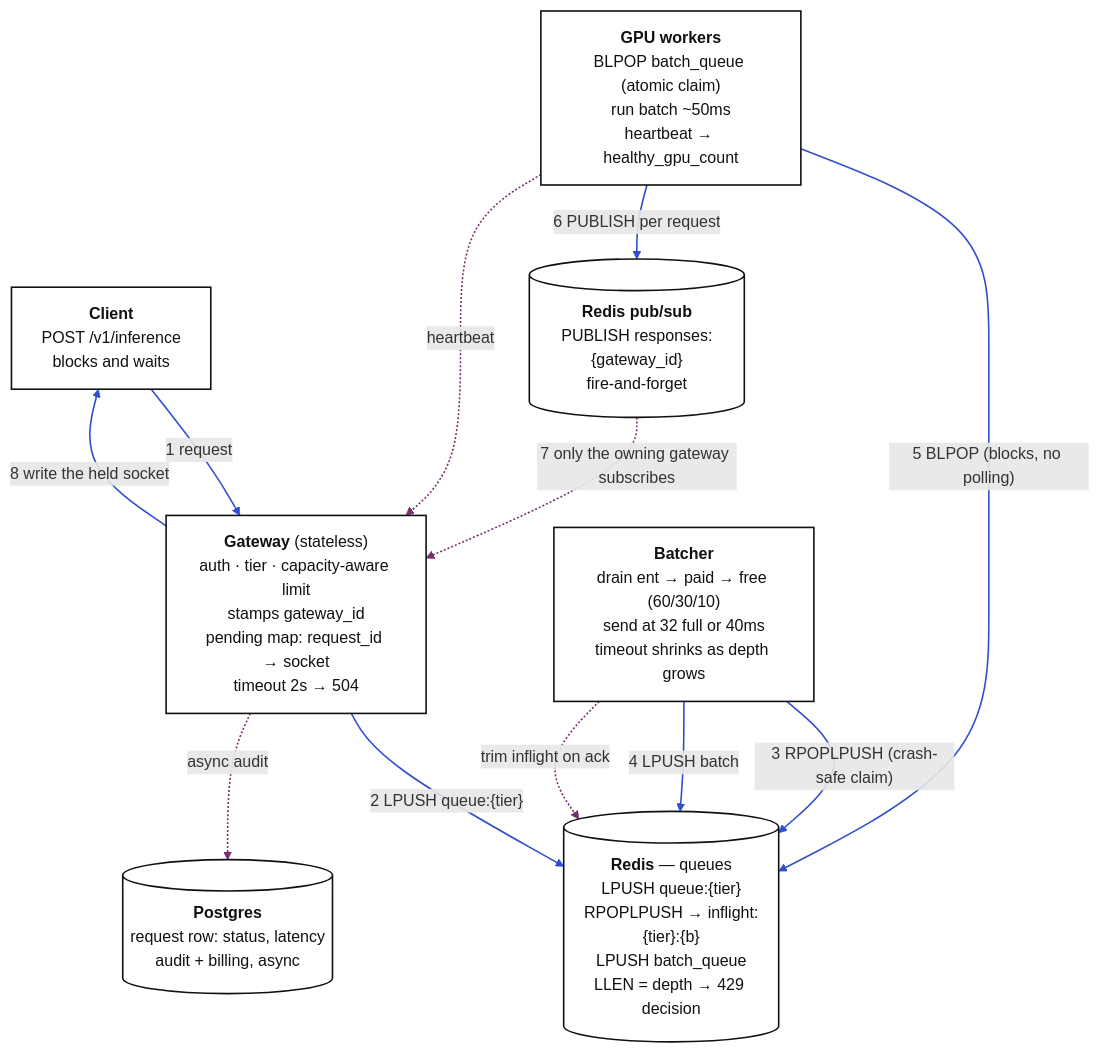
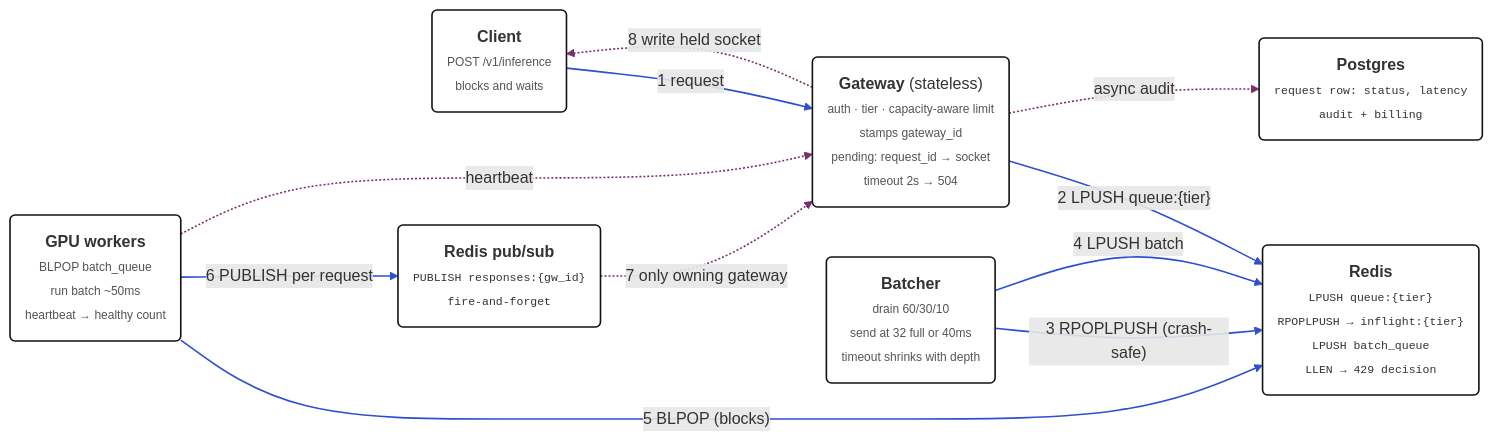
The diagram in diagrams-src/inference-api/architecture.mmd (kkanakka/kkanakka.github.io), drawn with Mermaid before and after one commit. The commit also changed 115 other files, not shown here.

First line of the commit message:
Make architecture diagrams compact: LR, wide and short

```diff
--- a/diagrams-src/inference-api/architecture.mmd
+++ b/diagrams-src/inference-api/architecture.mmd
@@ -1,27 +1,26 @@
 %% section: Design
 %% caption: Architecture — sync outside, async inside
-flowchart TB
-    CL["<b>Client</b><br/>POST /v1/inference<br/>blocks and waits"]
-    GW["<b>Gateway</b> (stateless)<br/>auth · tier · capacity-aware limit<br/>stamps gateway_id<br/>pending map: request_id → socket<br/>timeout 2s → 504"]
-    Q[("<b>Redis</b> — queues<br/>LPUSH queue:{tier}<br/>RPOPLPUSH → inflight:{tier}:{b}<br/>LPUSH batch_queue<br/>LLEN = depth → 429 decision")]
-    BT["<b>Batcher</b><br/>drain ent → paid → free (60/30/10)<br/>send at 32 full or 40ms<br/>timeout shrinks as depth grows"]
-    GPU["<b>GPU workers</b><br/>BLPOP batch_queue (atomic claim)<br/>run batch ~50ms<br/>heartbeat → healthy_gpu_count"]
-    PS[("<b>Redis pub/sub</b><br/>PUBLISH responses:{gateway_id}<br/>fire-and-forget")]
-    PGDB[("<b>Postgres</b><br/>request row: status, latency<br/>audit + billing, async")]
+flowchart LR
+    CL("<b>Client</b><br/><span style='font-size:12px;color:#555'>POST /v1/inference<br/>blocks and waits</span>")
+    GW("<b>Gateway</b> (stateless)<br/><span style='font-size:12px;color:#555'>auth · tier · capacity-aware limit<br/>stamps gateway_id<br/>pending: request_id → socket<br/>timeout 2s → 504</span>")
+    RD("<b>Redis</b><br/><span style='font-family:Menlo,monospace;font-size:11.5px;color:#333'>LPUSH queue:{tier}<br/>RPOPLPUSH → inflight:{tier}<br/>LPUSH batch_queue<br/>LLEN → 429 decision</span>")
+    BT("<b>Batcher</b><br/><span style='font-size:12px;color:#555'>drain 60/30/10<br/>send at 32 full or 40ms<br/>timeout shrinks with depth</span>")
+    GPU("<b>GPU workers</b><br/><span style='font-size:12px;color:#555'>BLPOP batch_queue<br/>run batch ~50ms<br/>heartbeat → healthy count</span>")
+    PS("<b>Redis pub/sub</b><br/><span style='font-family:Menlo,monospace;font-size:11.5px;color:#333'>PUBLISH responses:{gw_id}<br/>fire-and-forget</span>")
+    PG("<b>Postgres</b><br/><span style='font-family:Menlo,monospace;font-size:11.5px;color:#333'>request row: status, latency<br/>audit + billing</span>")
 
     CL -->|"1 request"| GW
-    GW -->|"2 LPUSH queue:{tier}"| Q
-    BT -->|"3 RPOPLPUSH (crash-safe claim)"| Q
-    BT -->|"4 LPUSH batch"| Q
-    GPU -->|"5 BLPOP (blocks, no polling)"| Q
+    GW -->|"2 LPUSH queue:{tier}"| RD
+    BT -->|"3 RPOPLPUSH (crash-safe)"| RD
+    BT -->|"4 LPUSH batch"| RD
+    GPU -->|"5 BLPOP (blocks)"| RD
     GPU -->|"6 PUBLISH per request"| PS
-    PS -.->|"7 only the owning gateway subscribes"| GW
-    GW -->|"8 write the held socket"| CL
+    PS -.->|"7 only owning gateway"| GW
+    GW -.->|"8 write held socket"| CL
     GPU -.->|"heartbeat"| GW
-    BT -.->|"trim inflight on ack"| Q
-    GW -.->|"async audit"| PGDB
+    GW -.->|"async audit"| PG
 %% --- style (generated by scripts/style-flowcharts.js) ---
-    classDef n fill:#ffffff,stroke:#111111,stroke-width:1.6px,color:#111111;
-    class CL,GW,Q,BT,GPU,PS,PGDB n;
-    linkStyle 0,1,2,3,4,5,7 stroke:#2f4fd0,stroke-width:1.6px;
-    linkStyle 6,8,9,10 stroke:#7a2f6d,stroke-width:1.6px;
+    classDef n fill:#ffffff,stroke:#111111,stroke-width:1.6px;
+    class CL,GW,RD,BT,GPU,PS,PG n;
+    linkStyle 0,1,2,3,4,5 stroke:#2f4fd0,stroke-width:1.6px;
+    linkStyle 6,7,8,9 stroke:#7a2f6d,stroke-width:1.6px;
```
